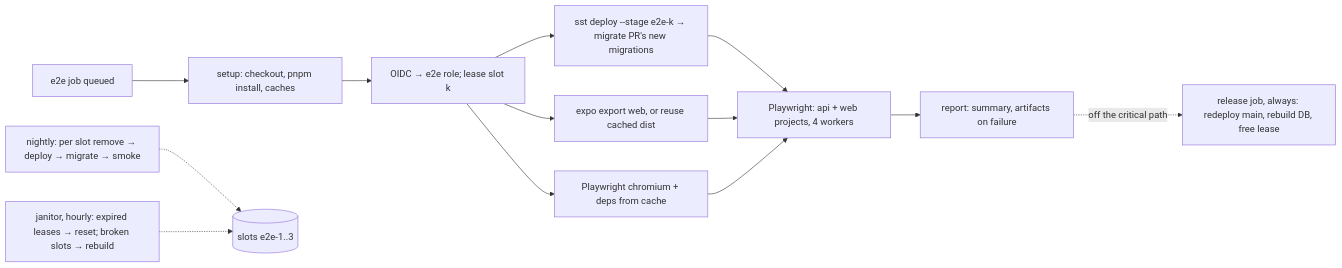
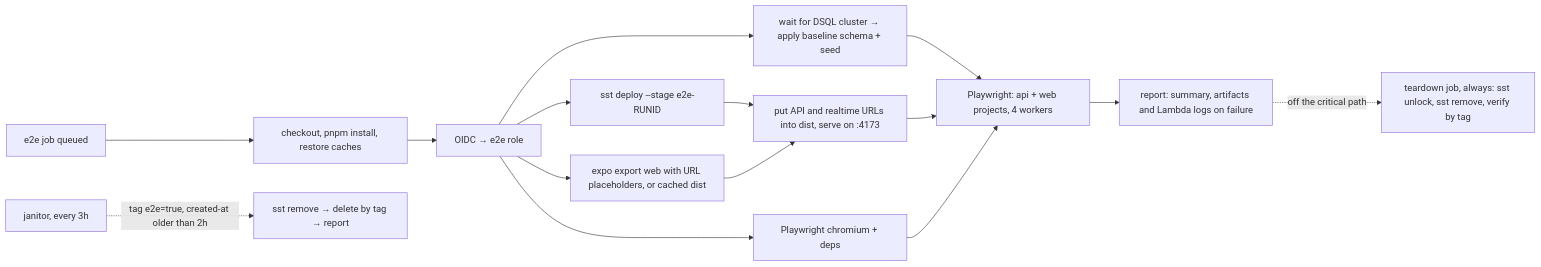
One commit to nadavgihasi/yallist changed the diagram in docs/plans/e2e-live-environments.md. Above: the diagram before and after it, drawn with Mermaid. The commit also changed other lines of this file, not shown here.

First line of the commit message:
docs(plans): fresh e2e stage per run

````diff
--- a/docs/plans/e2e-live-environments.md
+++ b/docs/plans/e2e-live-environments.md
@@ -42,15 +21,17 @@
 ```mermaid
 flowchart LR
-  Q[e2e job queued] --> S[setup: checkout, pnpm install, caches]
-  S --> L[OIDC → e2e role; lease slot k]
-  L --> D[sst deploy --stage e2e-k → migrate PR's new migrations]
-  L --> W[expo export web, or reuse cached dist]
-  L --> B[Playwright chromium + deps from cache]
-  D --> T[Playwright: api + web projects, 4 workers]
-  W --> T
+  Q[e2e job queued] --> S[checkout, pnpm install, restore caches]
+  S --> O[OIDC → e2e role]
+  O --> D[sst deploy --stage e2e-RUNID]
+  O --> M[wait for DSQL cluster → apply baseline schema + seed]
+  O --> W[expo export web with URL placeholders, or cached dist]
+  O --> B[Playwright chromium + deps]
+  D --> U[put API and realtime URLs into dist, serve on :4173]
+  W --> U
+  M --> T[Playwright: api + web projects, 4 workers]
+  U --> T
   B --> T
-  T --> R[report: summary, artifacts on failure]
-  R -.->|off the critical path| X[release job, always: redeploy main, rebuild DB, free lease]
-  N[nightly: per slot remove → deploy → migrate → smoke] -.-> P[(slots e2e-1..3)]
-  J[janitor, hourly: expired leases → reset; broken slots → rebuild] -.-> P
+  T --> R[report: summary, artifacts and Lambda logs on failure]
+  R -.->|off the critical path| X[teardown job, always: sst unlock, sst remove, verify by tag]
+  J[janitor, every 3h] -.->|tag e2e=true, created-at older than 2h| X2[sst remove → delete by tag → report]
 ```
````
